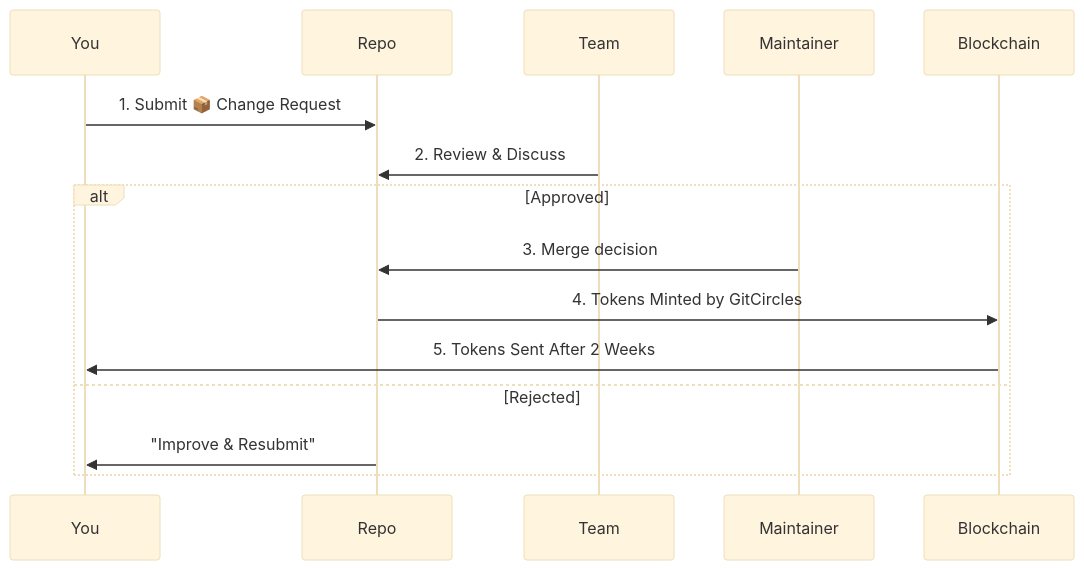
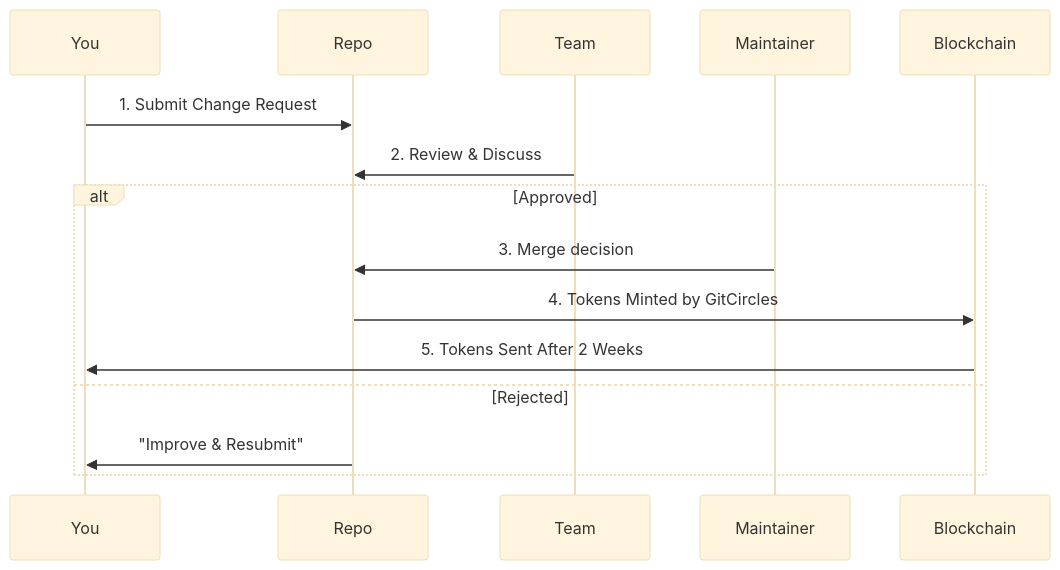
The diagram in docs/gitcircles.md (ergoplatform/ergodocs), drawn with Mermaid (base theme) before and after one commit. The commit also changed other lines of this file and 363 other files, not shown here.

````diff
--- a/docs/gitcircles.md
+++ b/docs/gitcircles.md
@@ -75,12 +76,12 @@
 ```mermaid
 sequenceDiagram
-    You->>Repo: 1. Submit 📦 Change Request
+ You->>Repo: 1. Submit Change Request
     Team->>Repo: 2. Review & Discuss
     alt Approved
         Maintainer->>Repo: 3. Merge decision
         Repo->>Blockchain: 4. Tokens Minted by GitCircles
         Blockchain->>You: 5. Tokens Sent After 2 Weeks
     else Rejected
         Repo->>You: "Improve & Resubmit"
     end
 ```
````
